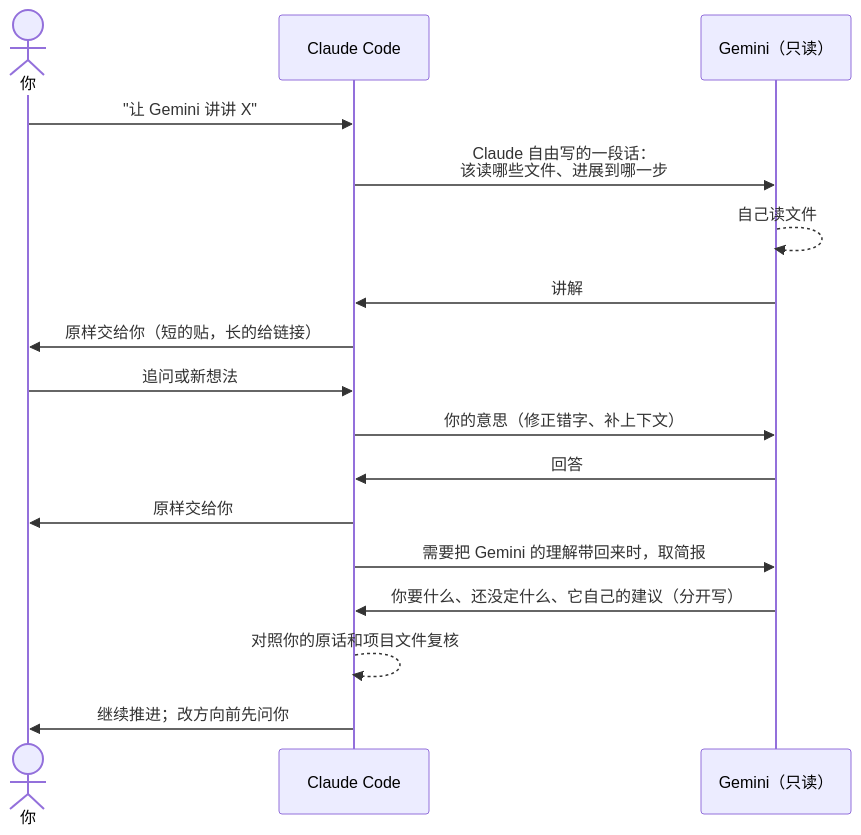
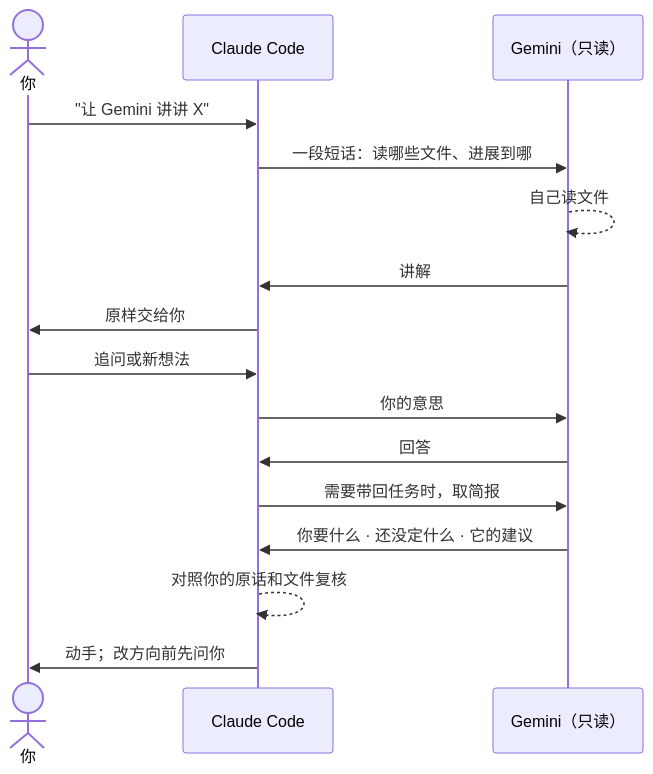
The diagram in README.zh-CN.md (pursurer/claude-x-gemini), drawn with Mermaid before and after one commit. The commit also changed other lines of this file and 18 other files, not shown here.

First line of the commit message:
feat: rename to claude-x-gemini; hero image, attention-first README, second-opinion tool

````diff
--- a/README.zh-CN.md
+++ b/README.zh-CN.md
@@ -18,19 +53,18 @@
 ```mermaid
 sequenceDiagram
     actor 你
     participant C as Claude Code
     participant G as Gemini（只读）
     你->>C: "让 Gemini 讲讲 X"
-    C->>G: Claude 自由写的一段话：<br/>该读哪些文件、进展到哪一步
+    C->>G: 一段短话：读哪些文件、进展到哪
     G-->>G: 自己读文件
     G->>C: 讲解
-    C->>你: 原样交给你（短的贴，长的给链接）
+    C->>你: 原样交给你
     你->>C: 追问或新想法
-    C->>G: 你的意思（修正错字、补上下文）
+    C->>G: 你的意思
     G->>C: 回答
-    C->>你: 原样交给你
-    C->>G: 需要把 Gemini 的理解带回来时，取简报
-    G->>C: 你要什么、还没定什么、它自己的建议（分开写）
-    C-->>C: 对照你的原话和项目文件复核
-    C->>你: 继续推进；改方向前先问你
+    C->>G: 需要带回任务时，取简报
+    G->>C: 你要什么 · 还没定什么 · 它的建议
+    C-->>C: 对照你的原话和文件复核
+    C->>你: 动手；改方向前先问你
 ```
````
